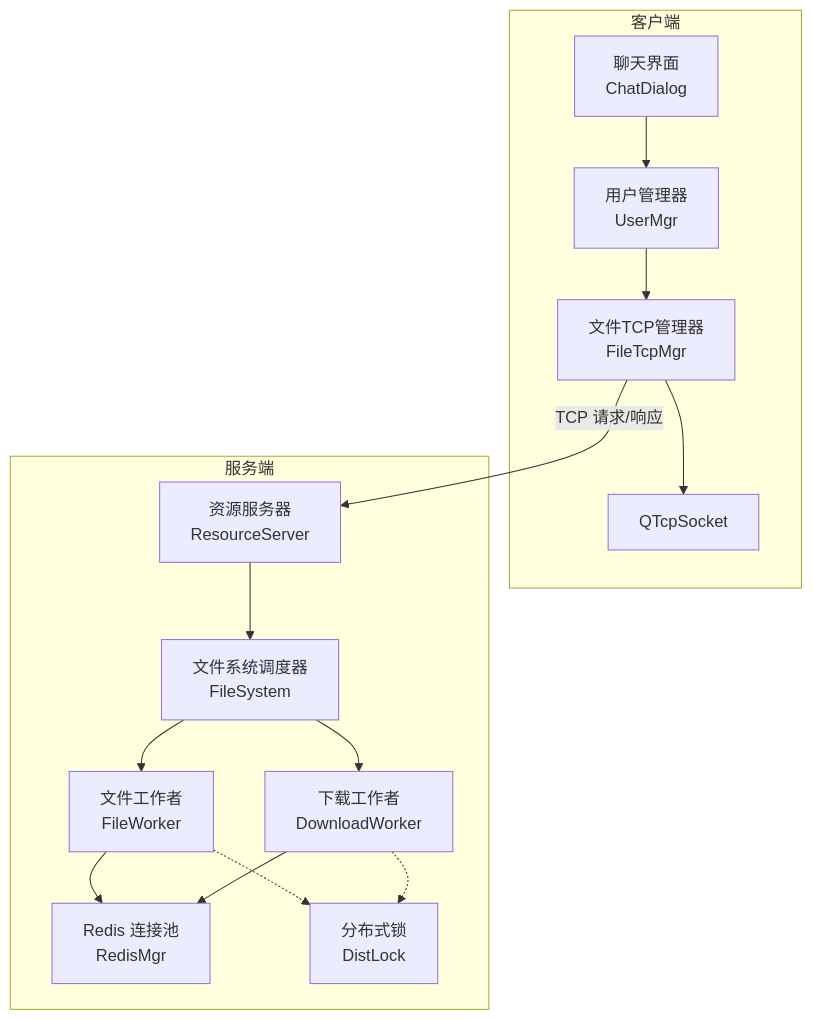
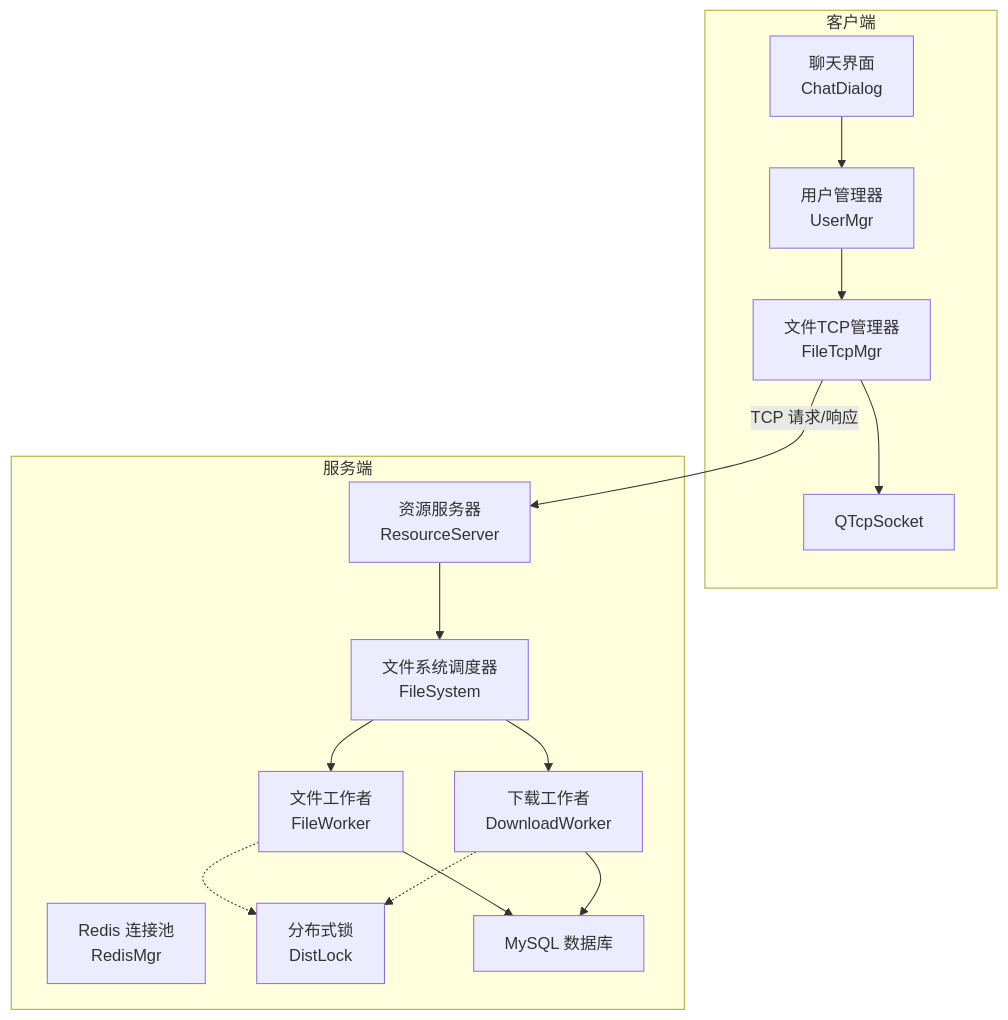
One commit to echo9923/mychatter changed the first of 8 diagrams in .qoder/repowiki/zh/content/核心功能模块/文件传输系统/文件传输系统.md. Above: the diagram before and after it, drawn with Mermaid. The commit also changed other lines of this file and 132 other files, not shown here.

````diff
--- a/.qoder/repowiki/zh/content/核心功能模块/文件传输系统/文件传输系统.md
+++ b/.qoder/repowiki/zh/content/核心功能模块/文件传输系统/文件传输系统.md
@@ -47,24 +54,25 @@
 ```mermaid
 graph TB
 subgraph "客户端"
 UI["聊天界面<br/>ChatDialog"] --> MGR["用户管理器<br/>UserMgr"]
 MGR --> NET["文件TCP管理器<br/>FileTcpMgr"]
 NET --> SOCK["QTcpSocket"]
 end
 subgraph "服务端"
 RS["资源服务器<br/>ResourceServer"]
 FS["文件系统调度器<br/>FileSystem"]
 FW["文件工作者<br/>FileWorker"]
 DW["下载工作者<br/>DownloadWorker"]
 RDS["Redis 连接池<br/>RedisMgr"]
 DL["分布式锁<br/>DistLock"]
+DB["MySQL 数据库"]
 end
 NET -- "TCP 请求/响应" --> RS
 RS --> FS
 FS --> FW
 FS --> DW
-FW --> RDS
-DW --> RDS
+FW --> DB
+DW --> DB
 FW -.-> DL
 DW -.-> DL
 ```
````
